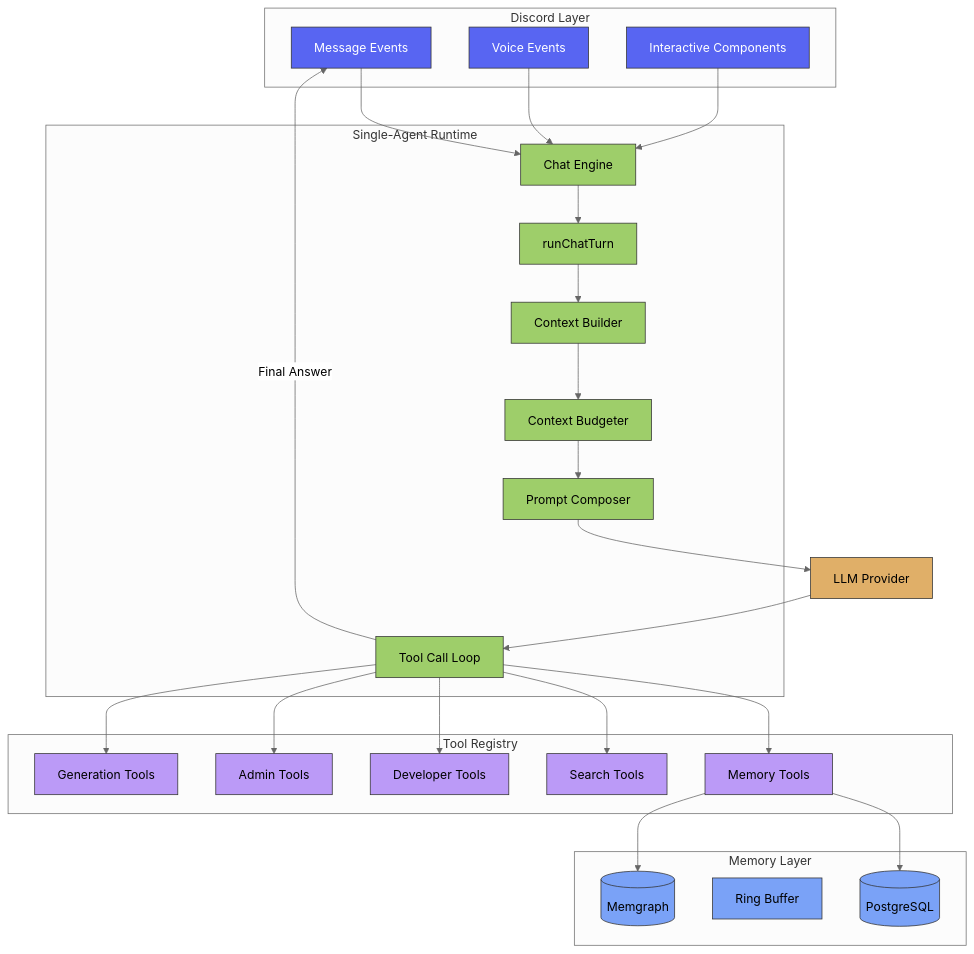
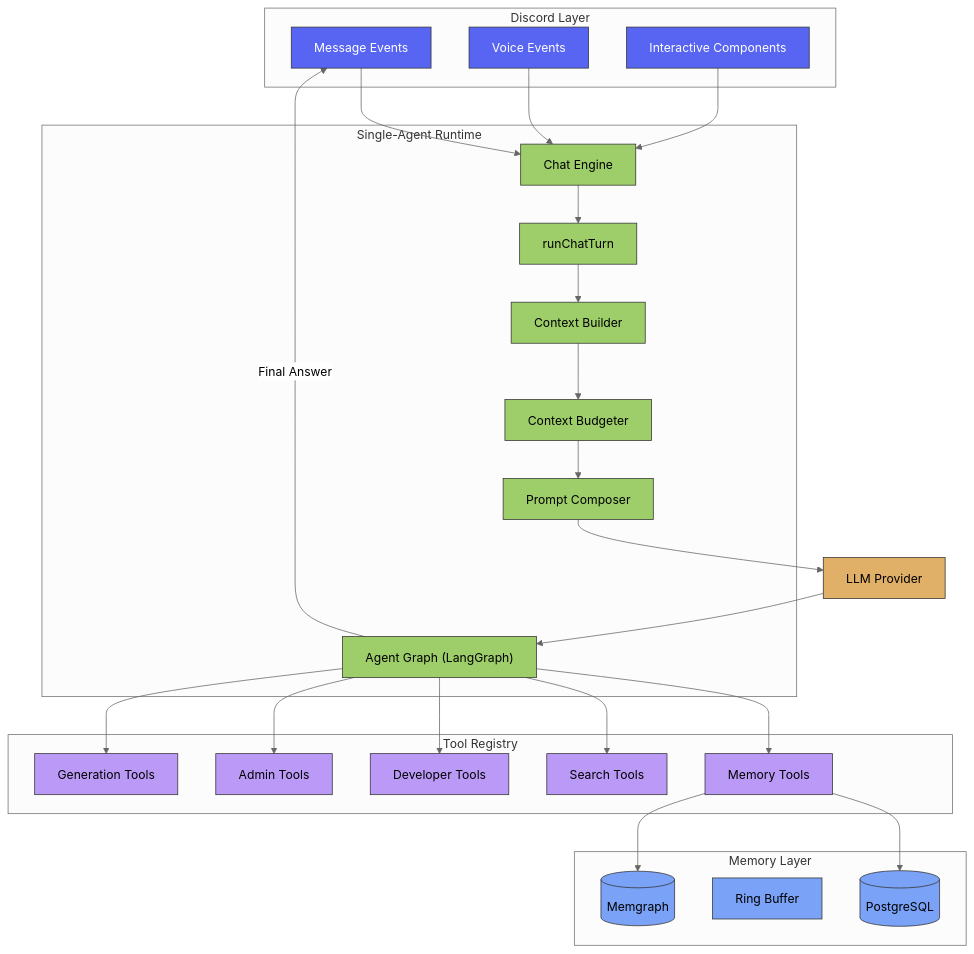
One commit to BokX1/Sage changed the first of 2 diagrams in docs/architecture/OVERVIEW.md. Above: the diagram before and after it, drawn with Mermaid (neutral theme). The commit also changed other lines of this file and 61 other files, not shown here.

Commit message:
feat: hard-cut Sage runtime to LangGraph

````diff
--- a/docs/architecture/OVERVIEW.md
+++ b/docs/architecture/OVERVIEW.md
@@ -42,47 +42,47 @@
 ```mermaid
 flowchart TD
     classDef discord fill:#5865f2,stroke:#333,color:white
     classDef runtime fill:#9ECE6A,stroke:#333,color:black
     classDef memory fill:#7AA2F7,stroke:#333,color:black
     classDef tools fill:#BB9AF7,stroke:#333,color:black
     classDef llm fill:#E0AF68,stroke:#333,color:black
 
     subgraph Discord["Discord Layer"]
         ME[Message Events]:::discord
         VE[Voice Events]:::discord
         IC[Interactive Components]:::discord
     end
 
     subgraph Runtime["Single-Agent Runtime"]
         CE[Chat Engine]:::runtime
         RT[runChatTurn]:::runtime
         CB[Context Builder]:::runtime
         BG[Context Budgeter]:::runtime
         PC[Prompt Composer]:::runtime
-        TL[Tool Call Loop]:::runtime
+        AG["Agent Graph (LangGraph)"]:::runtime
     end
 
     subgraph Memory["Memory Layer"]
         PG[(PostgreSQL)]:::memory
         RB[Ring Buffer]:::memory
         MG[(Memgraph)]:::memory
     end
 
     subgraph Tools["Tool Registry"]
         MT[Memory Tools]:::tools
         ST[Search Tools]:::tools
         DT[Developer Tools]:::tools
         AT[Admin Tools]:::tools
         GT[Generation Tools]:::tools
     end
 
     ME --> CE --> RT
     VE --> CE
     IC --> CE
     RT --> CB --> BG
     BG --> PC --> LLM[LLM Provider]:::llm
-    LLM --> TL
-    TL --> MT & ST & DT & AT & GT
+    LLM --> AG
+    AG --> MT & ST & DT & AT & GT
     MT --> PG & MG
-    TL -->|"Final Answer"| ME
+    AG -->|"Final Answer"| ME
 ```
````
